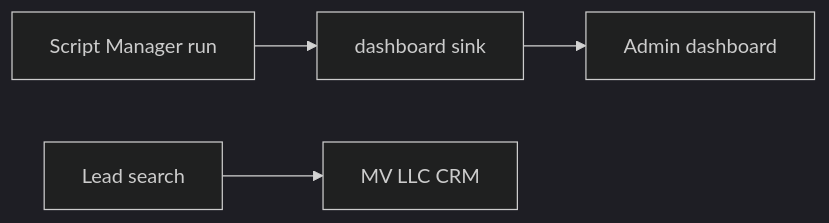
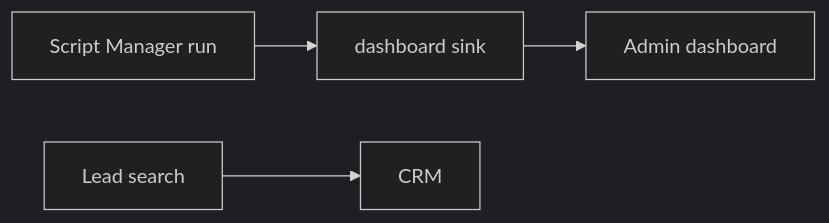
Before and after one commit to StaticxViper/cjm-dev: the diagram in documentation/apps/personal-admin/HOW_IT_WORKS.md, drawn with Mermaid (dark theme). The commit also changed other lines of this file and 12 other files, not shown here.

````diff
--- a/documentation/apps/personal-admin/HOW_IT_WORKS.md
+++ b/documentation/apps/personal-admin/HOW_IT_WORKS.md
@@ -7,6 +7,6 @@
 ```mermaid
 flowchart LR
   run["Script Manager run"] --> sink["dashboard sink"]
   sink --> dash["Admin dashboard"]
-  leads["Lead search"] --> crm["MV LLC CRM"]
+  leads["Lead search"] --> crm["CRM"]
 ```
````
